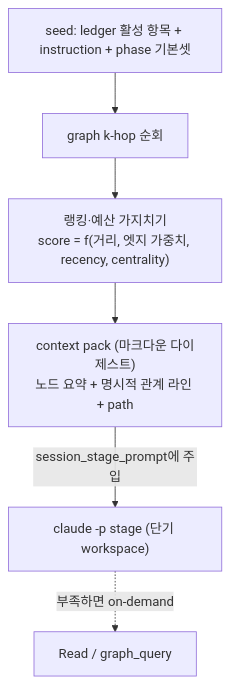
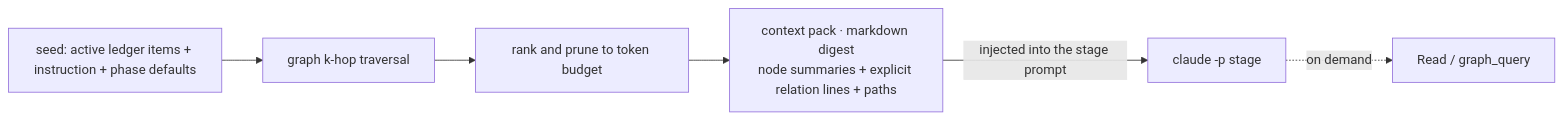
Before and after one commit to JiHyuk-Byun/research-llm: the fourth of 9 diagrams in docs/research-agent-architecture.md, drawn with Mermaid. The commit also changed other lines of this file, not shown here.

First line of the commit message:
docs: rewrite architecture report in English, focused on agent building blocks

````diff
--- a/docs/research-agent-architecture.md
+++ b/docs/research-agent-architecture.md
@@ -320,8 +157,8 @@
 ```mermaid
-flowchart TD
-    SEED["seed: ledger 활성 항목 + instruction + phase 기본셋"] --> HOP["graph k-hop 순회"]
-    HOP --> RANK["랭킹·예산 가지치기<br/>score = f(거리, 엣지 가중치, recency, centrality)"]
-    RANK --> PACK["context pack (마크다운 다이제스트)<br/>노드 요약 + 명시적 관계 라인 + path"]
-    PACK -->|"session_stage_prompt에 주입"| STAGE["claude -p stage (단기 workspace)"]
-    STAGE -.->|"부족하면 on-demand"| READ["Read / graph_query"]
+flowchart LR
+    SEED["seed: active ledger items + instruction + phase defaults"] --> HOP["graph k-hop traversal"]
+    HOP --> RANK["rank and prune to token budget"]
+    RANK --> PACK["context pack · markdown digest<br/>node summaries + explicit relation lines + paths"]
+    PACK -->|"injected into the stage prompt"| STAGE["claude -p stage"]
+    STAGE -.->|"on demand"| MORE["Read / graph_query"]
 ```
````
